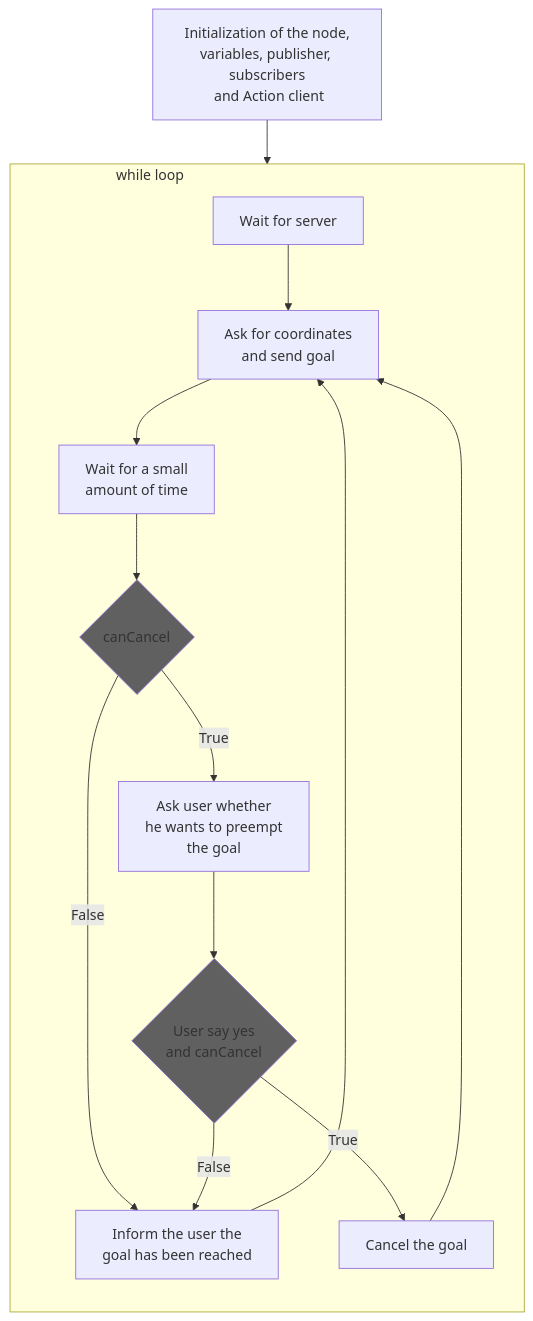
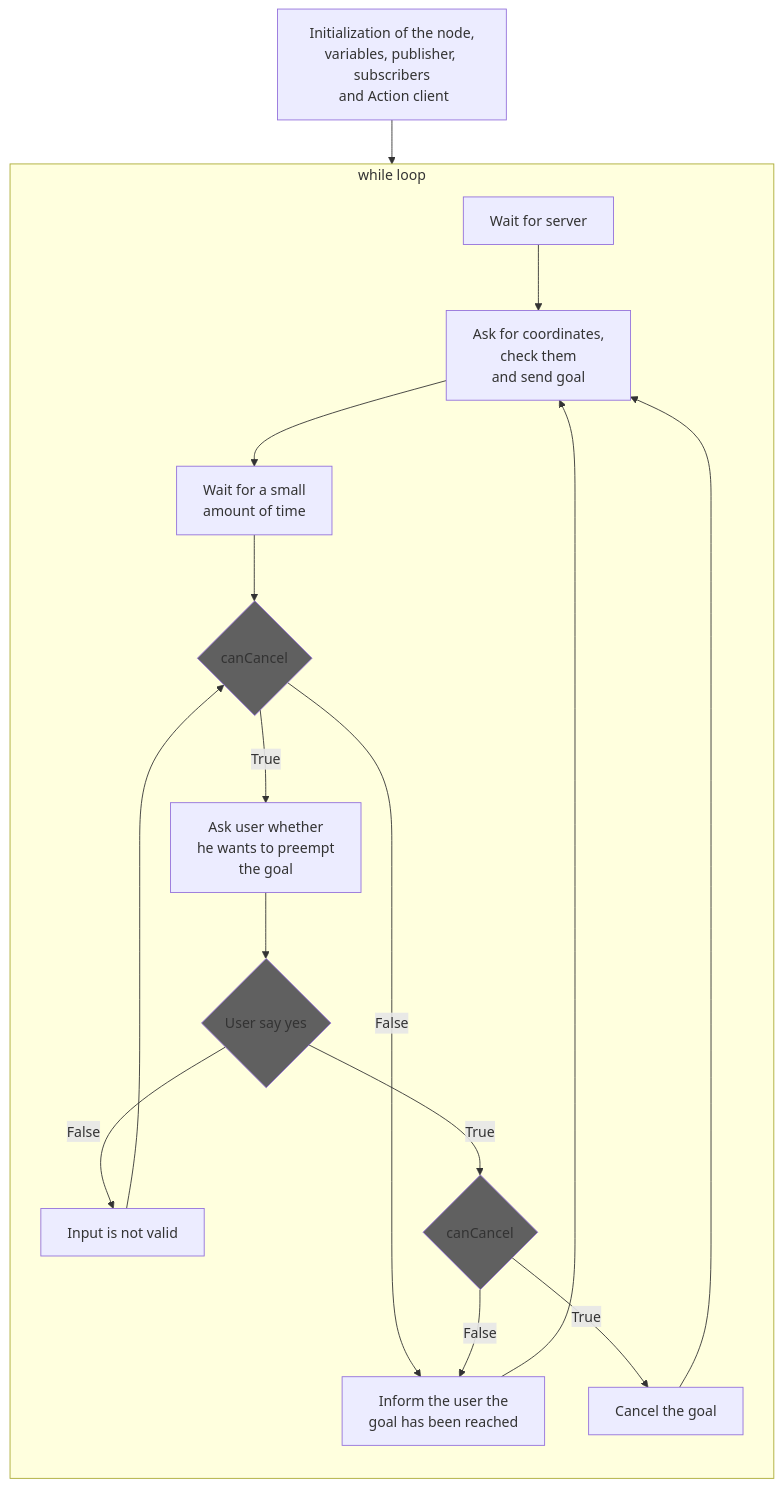
One commit to danielerialdi/assignment_2_2023 changed the first of 2 diagrams in README.md. Above: the diagram before and after it, drawn with Mermaid.

Commit message:
Update README.md flowchart

````diff
--- a/README.md
+++ b/README.md
@@ -23,21 +23,23 @@
 ```mermaid
 %%{ init: { 'flowchart': { 'curve': 'basis' } } }%%
 flowchart TB
     classDef grey fill:#606060
     Init["Initialization of the node,\nvariables, publisher, subscribers\n and Action client"]
     Init -->  WaitServer["Wait for server"]
-subgraph while["while loop&nbsp;&nbsp;&nbsp;&nbsp;&nbsp;&nbsp;&nbsp;&nbsp;&nbsp;&nbsp;&nbsp;&nbsp;&nbsp;&nbsp;&nbsp;&nbsp;&nbsp;&nbsp;&nbsp;&nbsp;&nbsp;&nbsp;&nbsp;&nbsp;&nbsp;&nbsp;&nbsp;&nbsp;&nbsp;&nbsp;&nbsp;&nbsp;&nbsp;&nbsp;&nbsp;&nbsp;&nbsp;&nbsp;&nbsp;&nbsp;&nbsp;&nbsp;&nbsp;&nbsp;&nbsp;&nbsp;&nbsp;&nbsp;&nbsp;&nbsp;&nbsp;&nbsp;&nbsp;&nbsp;&nbsp;&nbsp;&nbsp;&nbsp;&nbsp;&nbsp;&nbsp;&nbsp;&nbsp;&nbsp;"]
+subgraph while["while loop                                                    "]
     direction TB
-        WaitServer --> User1["Ask for coordinates\n and send goal"]
+        WaitServer --> User1["Ask for coordinates,\n check them\n and send goal"]
         User1 --> Delay["Wait for a small\namount of time"]
         Delay --> CanCancel{canCancel}:::grey
+        Message2-->CanCancel
         CanCancel --True--> User2["Ask user whether\nhe wants to preempt\nthe goal"] 
         CanCancel --False--> Message["Inform the user the\ngoal has been reached"]
-
-        User2 -->User3{User say yes\nand canCancel}:::grey
-        User3 --False-->Message
-        User3 --True-->GoalCancel["Cancel the goal"]
+        User2 -->User3{User say yes}:::grey
+        User3 --True-->User4{canCancel}:::grey
+        User3 --False-->Message2["Input is not valid"]
+        User4 --True-->GoalCancel["Cancel the goal"]
+        User4 --False-->Message
         GoalCancel-->User1
         Message-->User1
 end
 ```
````
